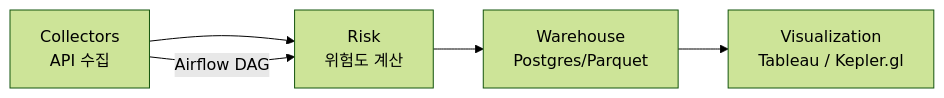
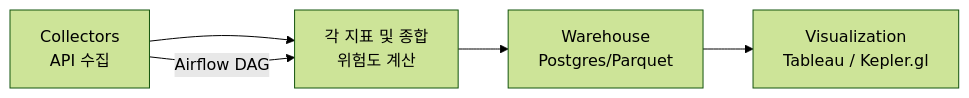
One commit to HongJunseong/weather-risk-assessment changed the diagram in README.md. Above: the diagram before and after it, drawn with Mermaid (forest theme).

````diff
--- a/README.md
+++ b/README.md
@@ -58,7 +58,7 @@
 ```mermaid
 flowchart LR
-  A[Collectors<br>API 수집] --> B[Risk<br>위험도 계산]
+  A[Collectors<br>API 수집] --> B[각 지표 및 종합<br>위험도 계산]
   B --> C[Warehouse<br>Postgres/Parquet]
   C --> D[Visualization<br>Tableau / Kepler.gl]
   A -->|Airflow DAG| B
 ```
````
